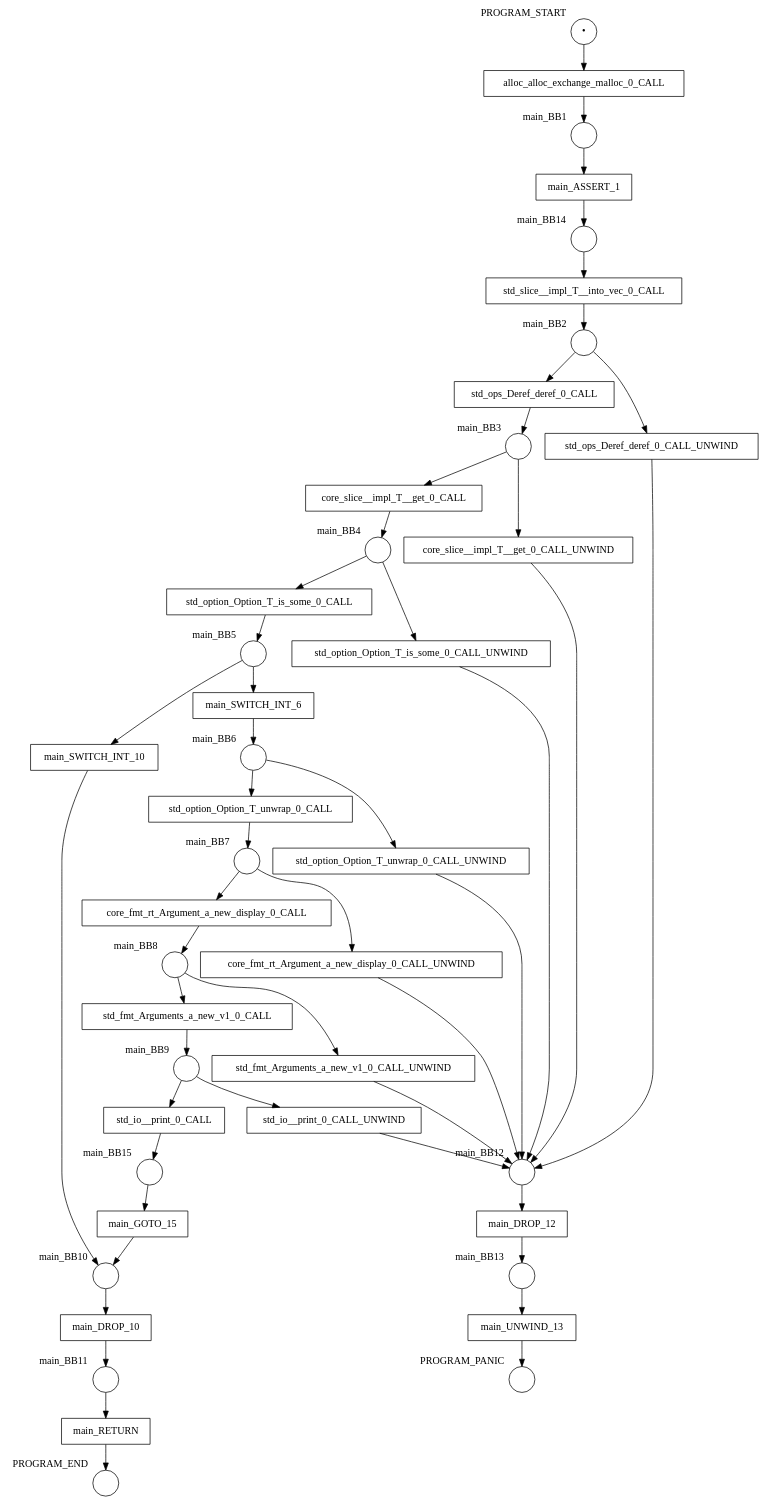
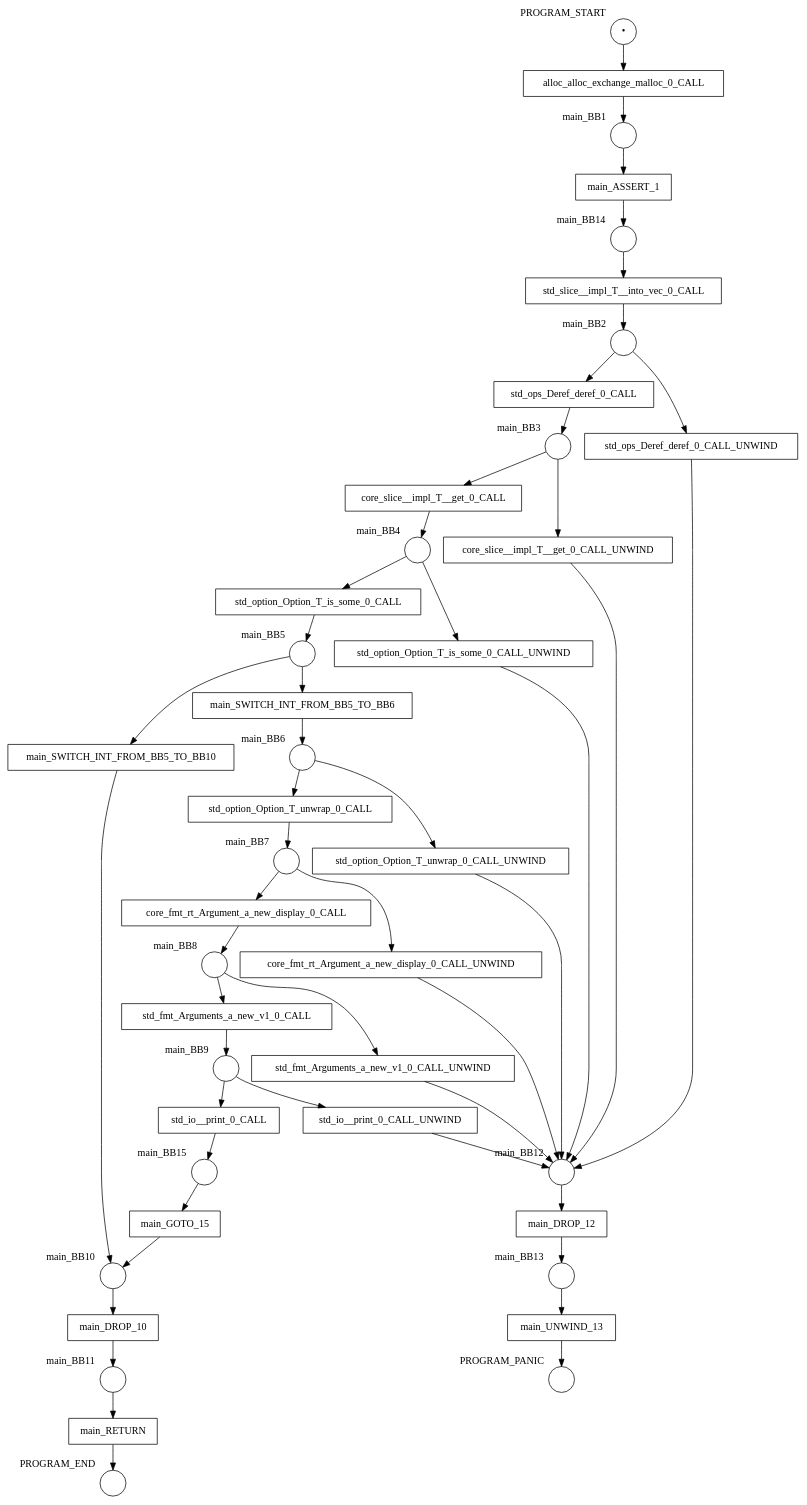
The diagram in examples/results/statement/option/net.dot (hlisdero/cargo-check-deadlock), drawn with Graphviz before and after one commit. The commit also changed 34 other files, not shown here.

```diff
--- a/examples/results/statement/option/net.dot
+++ b/examples/results/statement/option/net.dot
@@ -1,92 +1,92 @@
 digraph petrinet {
     PROGRAM_END [shape="circle" xlabel="PROGRAM_END" label=""];
     PROGRAM_PANIC [shape="circle" xlabel="PROGRAM_PANIC" label=""];
     PROGRAM_START [shape="circle" xlabel="PROGRAM_START" label="•"];
     main_BB1 [shape="circle" xlabel="main_BB1" label=""];
     main_BB10 [shape="circle" xlabel="main_BB10" label=""];
     main_BB11 [shape="circle" xlabel="main_BB11" label=""];
     main_BB12 [shape="circle" xlabel="main_BB12" label=""];
     main_BB13 [shape="circle" xlabel="main_BB13" label=""];
     main_BB14 [shape="circle" xlabel="main_BB14" label=""];
     main_BB15 [shape="circle" xlabel="main_BB15" label=""];
     main_BB2 [shape="circle" xlabel="main_BB2" label=""];
     main_BB3 [shape="circle" xlabel="main_BB3" label=""];
     main_BB4 [shape="circle" xlabel="main_BB4" label=""];
     main_BB5 [shape="circle" xlabel="main_BB5" label=""];
     main_BB6 [shape="circle" xlabel="main_BB6" label=""];
     main_BB7 [shape="circle" xlabel="main_BB7" label=""];
     main_BB8 [shape="circle" xlabel="main_BB8" label=""];
     main_BB9 [shape="circle" xlabel="main_BB9" label=""];
     alloc_alloc_exchange_malloc_0_CALL [shape="box" xlabel="" label="alloc_alloc_exchange_malloc_0_CALL"];
     core_fmt_rt_Argument_a_new_display_0_CALL [shape="box" xlabel="" label="core_fmt_rt_Argument_a_new_display_0_CALL"];
     core_fmt_rt_Argument_a_new_display_0_CALL_UNWIND [shape="box" xlabel="" label="core_fmt_rt_Argument_a_new_display_0_CALL_UNWIND"];
     core_slice__impl_T__get_0_CALL [shape="box" xlabel="" label="core_slice__impl_T__get_0_CALL"];
     core_slice__impl_T__get_0_CALL_UNWIND [shape="box" xlabel="" label="core_slice__impl_T__get_0_CALL_UNWIND"];
     main_ASSERT_1 [shape="box" xlabel="" label="main_ASSERT_1"];
     main_DROP_10 [shape="box" xlabel="" label="main_DROP_10"];
     main_DROP_12 [shape="box" xlabel="" label="main_DROP_12"];
     main_GOTO_15 [shape="box" xlabel="" label="main_GOTO_15"];
     main_RETURN [shape="box" xlabel="" label="main_RETURN"];
-    main_SWITCH_INT_10 [shape="box" xlabel="" label="main_SWITCH_INT_10"];
-    main_SWITCH_INT_6 [shape="box" xlabel="" label="main_SWITCH_INT_6"];
+    main_SWITCH_INT_FROM_BB5_TO_BB10 [shape="box" xlabel="" label="main_SWITCH_INT_FROM_BB5_TO_BB10"];
+    main_SWITCH_INT_FROM_BB5_TO_BB6 [shape="box" xlabel="" label="main_SWITCH_INT_FROM_BB5_TO_BB6"];
     main_UNWIND_13 [shape="box" xlabel="" label="main_UNWIND_13"];
     std_fmt_Arguments_a_new_v1_0_CALL [shape="box" xlabel="" label="std_fmt_Arguments_a_new_v1_0_CALL"];
     std_fmt_Arguments_a_new_v1_0_CALL_UNWIND [shape="box" xlabel="" label="std_fmt_Arguments_a_new_v1_0_CALL_UNWIND"];
     std_io__print_0_CALL [shape="box" xlabel="" label="std_io__print_0_CALL"];
     std_io__print_0_CALL_UNWIND [shape="box" xlabel="" label="std_io__print_0_CALL_UNWIND"];
     std_ops_Deref_deref_0_CALL [shape="box" xlabel="" label="std_ops_Deref_deref_0_CALL"];
     std_ops_Deref_deref_0_CALL_UNWIND [shape="box" xlabel="" label="std_ops_Deref_deref_0_CALL_UNWIND"];
     std_option_Option_T_is_some_0_CALL [shape="box" xlabel="" label="std_option_Option_T_is_some_0_CALL"];
     std_option_Option_T_is_some_0_CALL_UNWIND [shape="box" xlabel="" label="std_option_Option_T_is_some_0_CALL_UNWIND"];
     std_option_Option_T_unwrap_0_CALL [shape="box" xlabel="" label="std_option_Option_T_unwrap_0_CALL"];
     std_option_Option_T_unwrap_0_CALL_UNWIND [shape="box" xlabel="" label="std_option_Option_T_unwrap_0_CALL_UNWIND"];
     std_slice__impl_T__into_vec_0_CALL [shape="box" xlabel="" label="std_slice__impl_T__into_vec_0_CALL"];
     PROGRAM_START -> alloc_alloc_exchange_malloc_0_CALL;
     main_BB1 -> main_ASSERT_1;
     main_BB10 -> main_DROP_10;
     main_BB11 -> main_RETURN;
     main_BB12 -> main_DROP_12;
     main_BB13 -> main_UNWIND_13;
     main_BB14 -> std_slice__impl_T__into_vec_0_CALL;
     main_BB15 -> main_GOTO_15;
     main_BB2 -> std_ops_Deref_deref_0_CALL;
     main_BB2 -> std_ops_Deref_deref_0_CALL_UNWIND;
     main_BB3 -> core_slice__impl_T__get_0_CALL;
     main_BB3 -> core_slice__impl_T__get_0_CALL_UNWIND;
     main_BB4 -> std_option_Option_T_is_some_0_CALL;
     main_BB4 -> std_option_Option_T_is_some_0_CALL_UNWIND;
-    main_BB5 -> main_SWITCH_INT_10;
-    main_BB5 -> main_SWITCH_INT_6;
+    main_BB5 -> main_SWITCH_INT_FROM_BB5_TO_BB10;
+    main_BB5 -> main_SWITCH_INT_FROM_BB5_TO_BB6;
     main_BB6 -> std_option_Option_T_unwrap_0_CALL;
     main_BB6 -> std_option_Option_T_unwrap_0_CALL_UNWIND;
     main_BB7 -> core_fmt_rt_Argument_a_new_display_0_CALL;
     main_BB7 -> core_fmt_rt_Argument_a_new_display_0_CALL_UNWIND;
     main_BB8 -> std_fmt_Arguments_a_new_v1_0_CALL;
     main_BB8 -> std_fmt_Arguments_a_new_v1_0_CALL_UNWIND;
     main_BB9 -> std_io__print_0_CALL;
     main_BB9 -> std_io__print_0_CALL_UNWIND;
     alloc_alloc_exchange_malloc_0_CALL -> main_BB1;
     core_fmt_rt_Argument_a_new_display_0_CALL -> main_BB8;
     core_fmt_rt_Argument_a_new_display_0_CALL_UNWIND -> main_BB12;
     core_slice__impl_T__get_0_CALL -> main_BB4;
     core_slice__impl_T__get_0_CALL_UNWIND -> main_BB12;
     main_ASSERT_1 -> main_BB14;
     main_DROP_10 -> main_BB11;
     main_DROP_12 -> main_BB13;
     main_GOTO_15 -> main_BB10;
     main_RETURN -> PROGRAM_END;
-    main_SWITCH_INT_10 -> main_BB10;
-    main_SWITCH_INT_6 -> main_BB6;
+    main_SWITCH_INT_FROM_BB5_TO_BB10 -> main_BB10;
+    main_SWITCH_INT_FROM_BB5_TO_BB6 -> main_BB6;
     main_UNWIND_13 -> PROGRAM_PANIC;
     std_fmt_Arguments_a_new_v1_0_CALL -> main_BB9;
     std_fmt_Arguments_a_new_v1_0_CALL_UNWIND -> main_BB12;
     std_io__print_0_CALL -> main_BB15;
     std_io__print_0_CALL_UNWIND -> main_BB12;
     std_ops_Deref_deref_0_CALL -> main_BB3;
     std_ops_Deref_deref_0_CALL_UNWIND -> main_BB12;
     std_option_Option_T_is_some_0_CALL -> main_BB5;
     std_option_Option_T_is_some_0_CALL_UNWIND -> main_BB12;
     std_option_Option_T_unwrap_0_CALL -> main_BB7;
     std_option_Option_T_unwrap_0_CALL_UNWIND -> main_BB12;
     std_slice__impl_T__into_vec_0_CALL -> main_BB2;
 }
```
